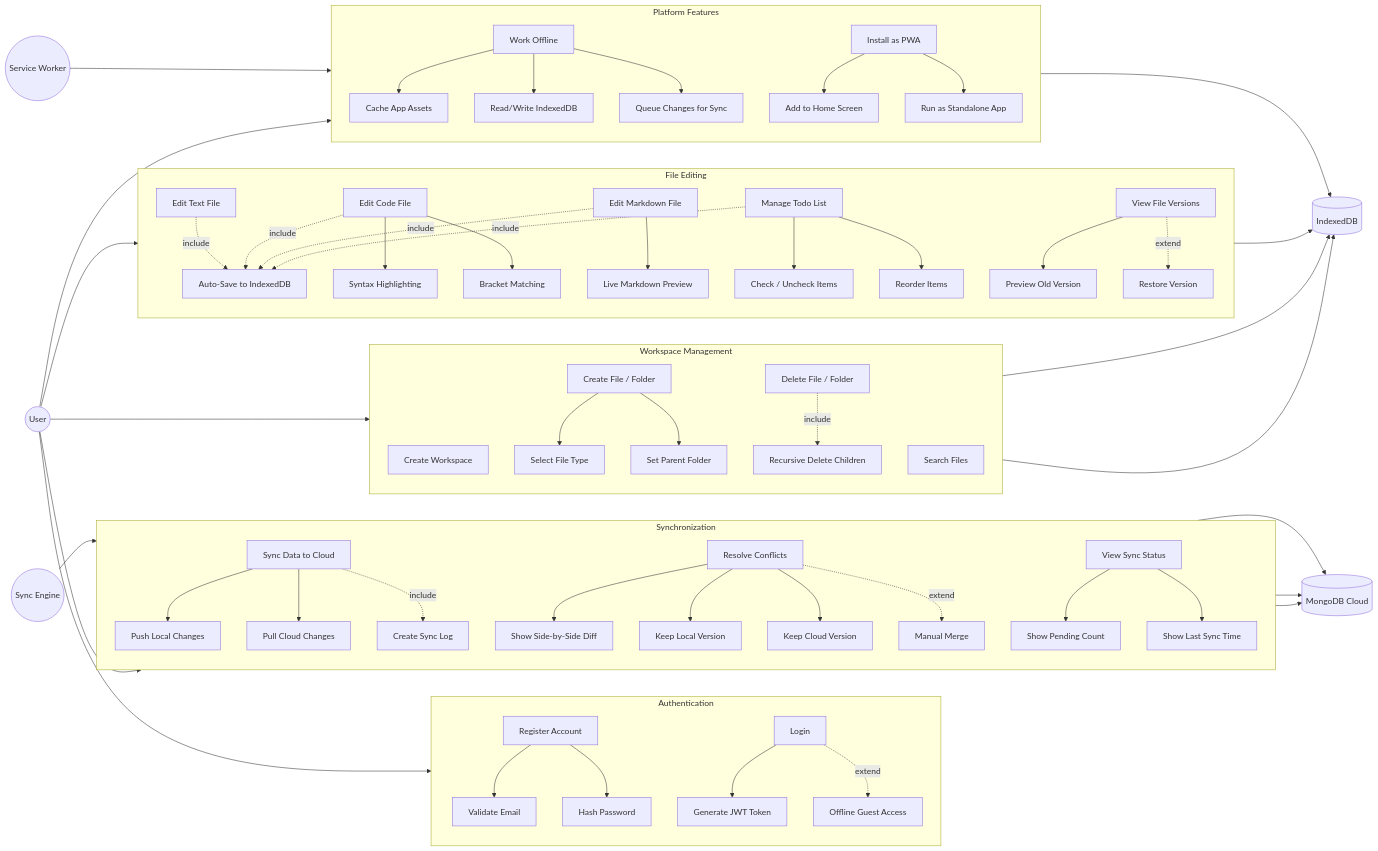
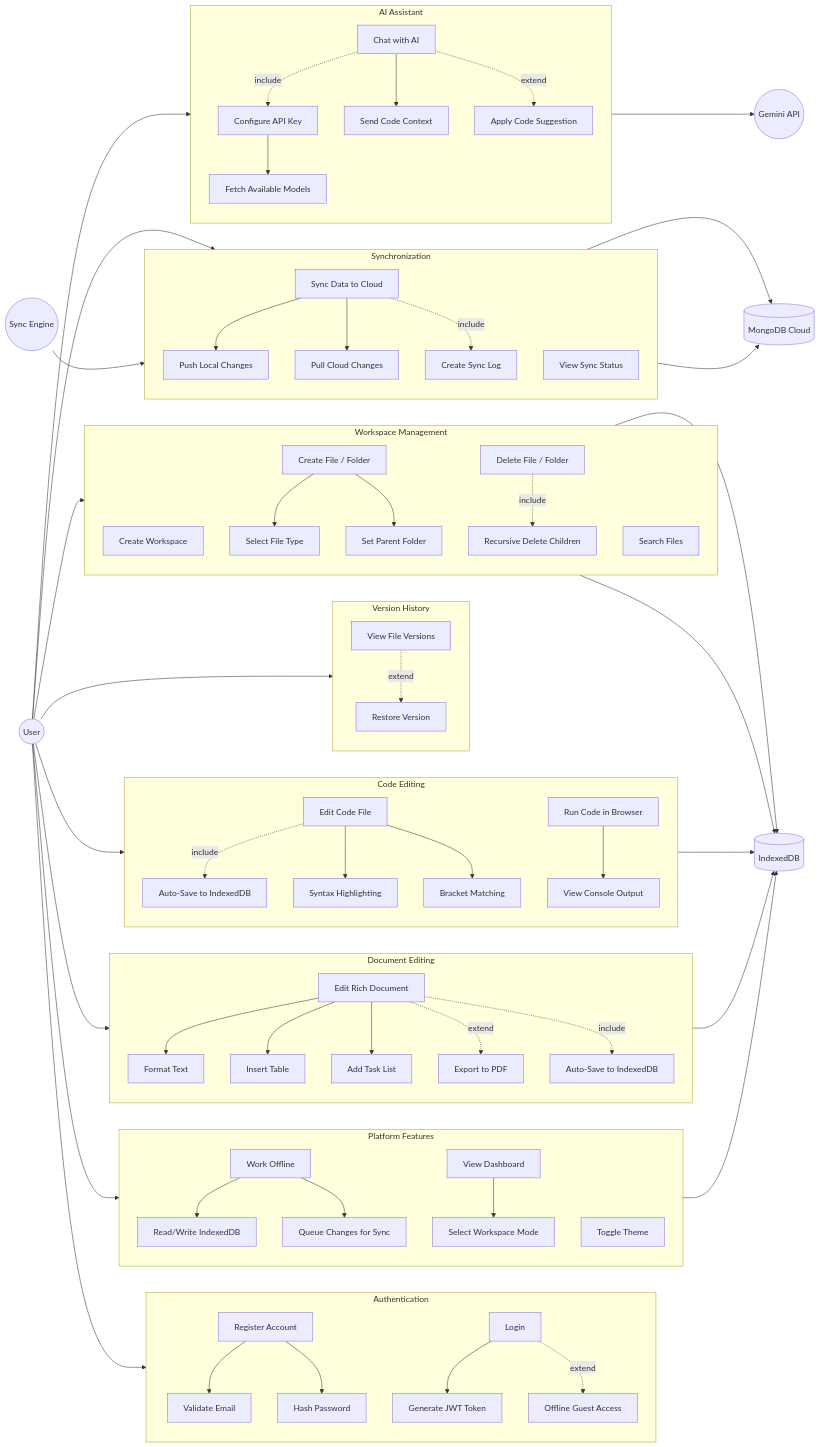
Before and after one commit to codervipul775/Safar: the diagram in useCaseDiagram.md, drawn with Mermaid. The commit also changed other lines of this file and 3 other files, not shown here.

Commit message:
docs: update sequence diagrams to reflect authentication, file management, and synchronization workflows

````diff
--- a/useCaseDiagram.md
+++ b/useCaseDiagram.md
@@ -31,7 +31,7 @@
     end
 
     %% ===== WORKSPACE MODULE =====
-    subgraph WORKSPACE [" Workspace Management"]
+    subgraph WORKSPACE ["Workspace Management"]
         direction TB
         UC3["Create Workspace"]
         UC4["Create File / Folder"]
@@ -46,102 +46,116 @@
         UC5 -.->|include| UC5_1
     end
 
-    %% ===== EDITOR MODULE =====
-    subgraph EDITOR ["File Editing"]
+    %% ===== CODE EDITOR MODULE =====
+    subgraph CODE_EDITOR ["Code Editing"]
         direction TB
-        UC7["Edit Text File"]
-        UC8["Edit Code File"]
-        UC9["Edit Markdown File"]
-        UC10["Manage Todo List"]
-        UC11["View File Versions"]
+        UC7["Edit Code File"]
         UC7_1["Auto-Save to IndexedDB"]
-        UC8_1["Syntax Highlighting"]
-        UC8_2["Bracket Matching"]
-        UC9_1["Live Markdown Preview"]
-        UC10_1["Check / Uncheck Items"]
-        UC10_2["Reorder Items"]
-        UC11_1["Preview Old Version"]
-        UC11_2["Restore Version"]
+        UC7_2["Syntax Highlighting"]
+        UC7_3["Bracket Matching"]
+        UC7_4["Run Code in Browser"]
+        UC7_5["View Console Output"]
 
         UC7 -.->|include| UC7_1
+        UC7 --> UC7_2
+        UC7 --> UC7_3
+        UC7_4 --> UC7_5
+    end
+
+    %% ===== DOCUMENT EDITOR MODULE =====
+    subgraph DOC_EDITOR ["Document Editing"]
+        direction TB
+        UC8["Edit Rich Document"]
+        UC8_1["Format Text"]
+        UC8_2["Insert Table"]
+        UC8_3["Add Task List"]
+        UC8_4["Export to PDF"]
+        UC8_5["Auto-Save to IndexedDB"]
+
         UC8 --> UC8_1
         UC8 --> UC8_2
-        UC8 -.->|include| UC7_1
-        UC9 --> UC9_1
-        UC9 -.->|include| UC7_1
-        UC10 --> UC10_1
-        UC10 --> UC10_2
-        UC10 -.->|include| UC7_1
-        UC11 --> UC11_1
-        UC11 -.->|extend| UC11_2
+        UC8 --> UC8_3
+        UC8 -.->|extend| UC8_4
+        UC8 -.->|include| UC8_5
+    end
+
+    %% ===== VERSION HISTORY =====
+    subgraph VERSIONS ["Version History"]
+        direction TB
+        UC9["View File Versions"]
+        UC9_1["Restore Version"]
+
+        UC9 -.->|extend| UC9_1
+    end
+
+    %% ===== AI ASSISTANT MODULE =====
+    subgraph AI ["AI Assistant"]
+        direction TB
+        UC10["Chat with AI"]
+        UC10_1["Configure API Key"]
+        UC10_2["Fetch Available Models"]
+        UC10_3["Send Code Context"]
+        UC10_4["Apply Code Suggestion"]
+
+        UC10 -.->|include| UC10_1
+        UC10 --> UC10_3
+        UC10 -.->|extend| UC10_4
+        UC10_1 --> UC10_2
     end
 
     %% ===== SYNC MODULE =====
     subgraph SYNC ["Synchronization"]
         direction TB
-        UC12["Sync Data to Cloud"]
-        UC13["Resolve Conflicts"]
-        UC14["View Sync Status"]
-        UC12_1["Push Local Changes"]
-        UC12_2["Pull Cloud Changes"]
-        UC12_3["Create Sync Log"]
-        UC13_1["Show Side-by-Side Diff"]
-        UC13_2["Keep Local Version"]
-        UC13_3["Keep Cloud Version"]
-        UC13_4["Manual Merge"]
-        UC14_1["Show Pending Count"]
-        UC14_2["Show Last Sync Time"]
+        UC11["Sync Data to Cloud"]
+        UC12["View Sync Status"]
+        UC11_1["Push Local Changes"]
+        UC11_2["Pull Cloud Changes"]
+        UC11_3["Create Sync Log"]
 
-        UC12 --> UC12_1
-        UC12 --> UC12_2
-        UC12 -.->|include| UC12_3
-        UC13 --> UC13_1
-        UC13 --> UC13_2
-        UC13 --> UC13_3
-        UC13 -.->|extend| UC13_4
-        UC14 --> UC14_1
-        UC14 --> UC14_2
+        UC11 --> UC11_1
+        UC11 --> UC11_2
+        UC11 -.->|include| UC11_3
     end
 
     %% ===== PLATFORM MODULE =====
     subgraph PLATFORM ["Platform Features"]
         direction TB
-        UC15["Work Offline"]
-        UC16["Install as PWA"]
-        UC15_1["Cache App Assets"]
-        UC15_2["Read/Write IndexedDB"]
-        UC15_3["Queue Changes for Sync"]
-        UC16_1["Add to Home Screen"]
-        UC16_2["Run as Standalone App"]
+        UC13["Work Offline"]
+        UC14["Toggle Theme"]
+        UC15["View Dashboard"]
+        UC15_1["Select Workspace Mode"]
+        UC13_1["Read/Write IndexedDB"]
+        UC13_2["Queue Changes for Sync"]
 
+        UC13 --> UC13_1
+        UC13 --> UC13_2
         UC15 --> UC15_1
-        UC15 --> UC15_2
-        UC15 --> UC15_3
-        UC16 --> UC16_1
-        UC16 --> UC16_2
     end
 
-    %% ===== USER CONNECTIONS (by module) =====
+    %% ===== USER CONNECTIONS =====
     User --> AUTH
     User --> WORKSPACE
-    User --> EDITOR
+    User --> CODE_EDITOR
+    User --> DOC_EDITOR
+    User --> VERSIONS
+    User --> AI
     User --> SYNC
     User --> PLATFORM
 
     %% ===== EXTERNAL ACTORS =====
-    SW(( Service Worker))
     SE((Sync Engine))
     Cloud[(MongoDB Cloud)]
     LocalDB[(IndexedDB)]
+    GeminiAPI((Gemini API))
 
     %% ===== EXTERNAL ACTOR CONNECTIONS =====
-    SW --> UC15_1
-    SE --> UC12
-    UC12_1 --> Cloud
-    UC12_2 --> Cloud
-    UC13 --> Cloud
+    SE --> UC11
+    UC11_1 --> Cloud
+    UC11_2 --> Cloud
     UC7_1 --> LocalDB
-    UC15_2 --> LocalDB
+    UC8_5 --> LocalDB
+    UC13_1 --> LocalDB
     UC4 --> LocalDB
     UC5 --> LocalDB
+    UC10 --> GeminiAPI
 ```
````
